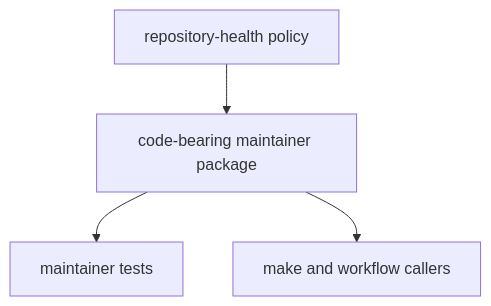
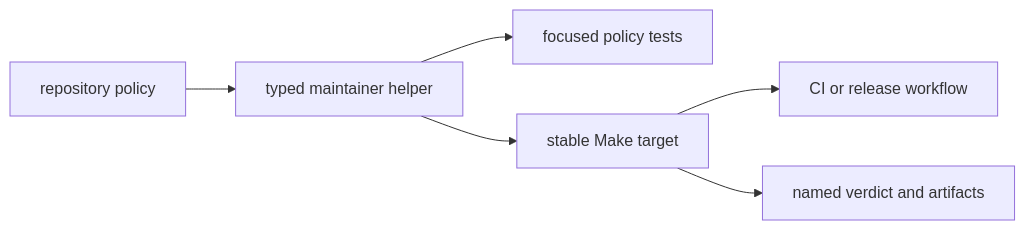
The diagram in docs/08-bijux-proteomics-maintain/bijux-proteomics-dev/package-overview.md (bijux/bijux-proteomics), drawn with Mermaid before and after one commit. The commit also changed other lines of this file and 2 other files, not shown here.

````diff
--- a/docs/08-bijux-proteomics-maintain/bijux-proteomics-dev/package-overview.md
+++ b/docs/08-bijux-proteomics-maintain/bijux-proteomics-dev/package-overview.md
@@ -16,11 +21,12 @@
 ```mermaid
-flowchart TB
-    policy["repository-health policy"]
-    code["code-bearing maintainer package"]
-    tests["maintainer tests"]
-    workflows["make and workflow callers"]
-
-    policy --> code
-    code --> tests
-    code --> workflows
+flowchart LR
+    rule["repository policy"]
+    helper["typed maintainer helper"]
+    tests["focused policy tests"]
+    make["stable Make target"]
+    ci["CI or release workflow"]
+    evidence["named verdict and artifacts"]
+    rule --> helper --> tests
+    helper --> make --> ci
+    make --> evidence
 ```
````
